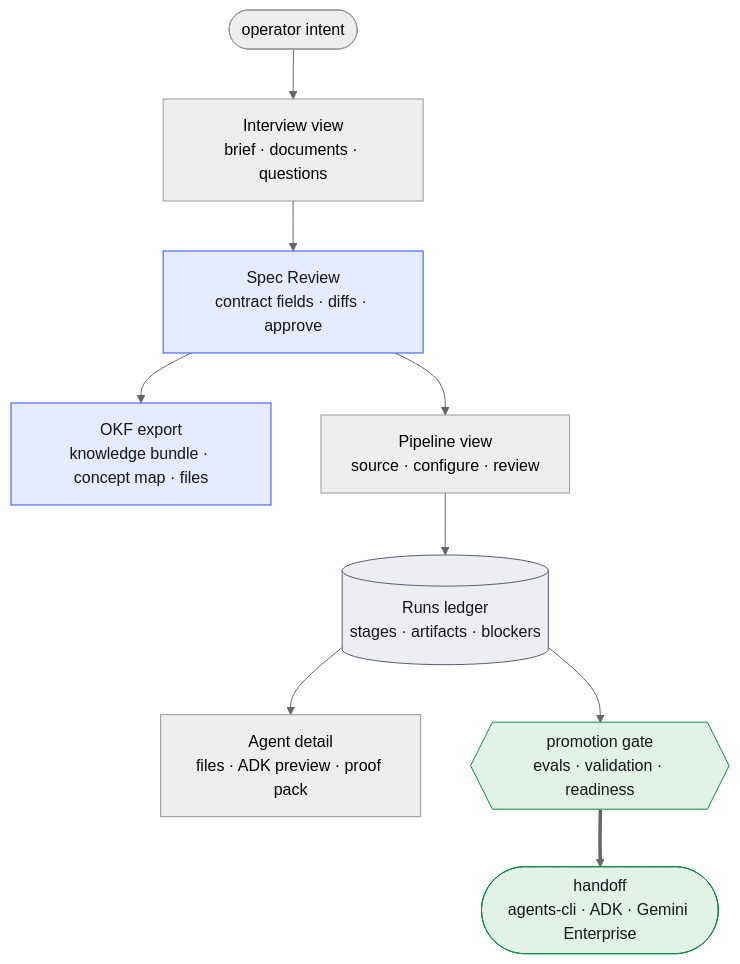
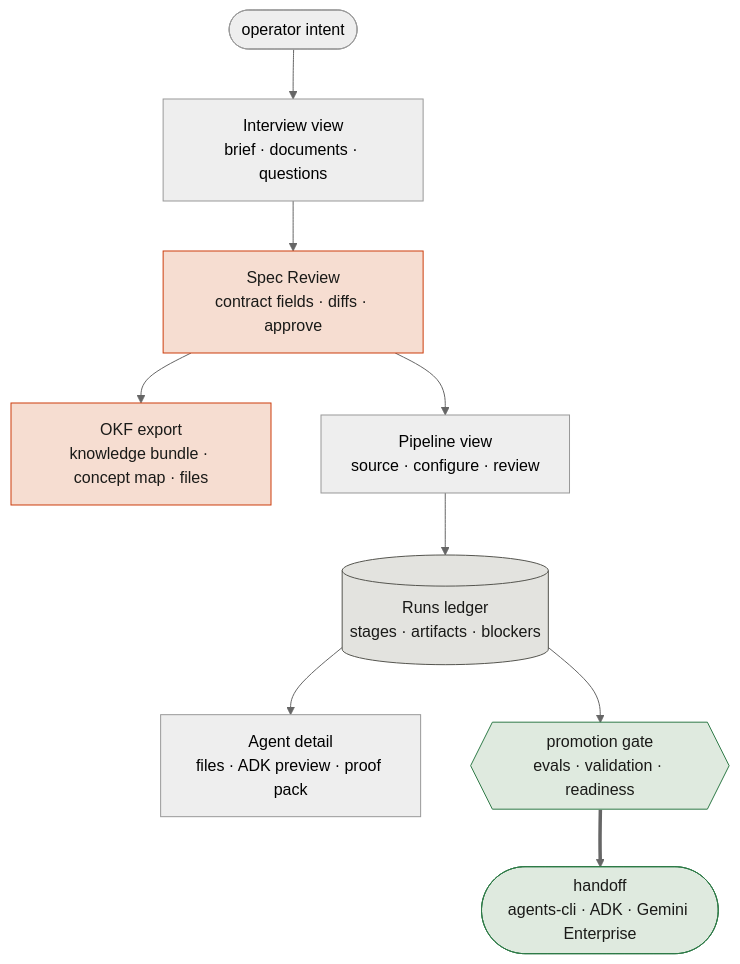
The diagram in docs/diagrams-src/console-okf-drive-views.mmd (vamsiramakrishnan/ge-agent-factory), drawn with Mermaid (neutral theme) before and after one commit. The commit also changed 87 other files, not shown here.

```diff
--- a/docs/diagrams-src/console-okf-drive-views.mmd
+++ b/docs/diagrams-src/console-okf-drive-views.mmd
@@ -1,16 +1,16 @@
 flowchart TD
   O(["operator intent"]) --> I["Interview view\nbrief · documents · questions"]
   I --> S["Spec Review\ncontract fields · diffs · approve"]
   S --> K["OKF export\nknowledge bundle · concept map · files"]
   S --> P["Pipeline view\nsource · configure · review"]
   P --> R[("Runs ledger\nstages · artifacts · blockers")]
   R --> A["Agent detail\nfiles · ADK preview · proof pack"]
   R --> G{{"promotion gate\nevals · validation · readiness"}}
   G ==> H(["handoff\nagents-cli · ADK · Gemini Enterprise"])
 
-  classDef contract fill:#e6ebff,stroke:#2953ff,color:#14171c
-  classDef system fill:#eceef2,stroke:#565e6c,color:#14171c
-  classDef proof fill:#e1f3e7,stroke:#16874a,color:#14171c
+  classDef contract fill:#f6ddd1,stroke:#cc3d0d,color:#1a1a18
+  classDef system fill:#e3e3df,stroke:#55554f,color:#1a1a18
+  classDef proof fill:#dfeadf,stroke:#2e7a47,color:#1a1a18
   class S,K contract
   class R system
   class G,H proof
```
